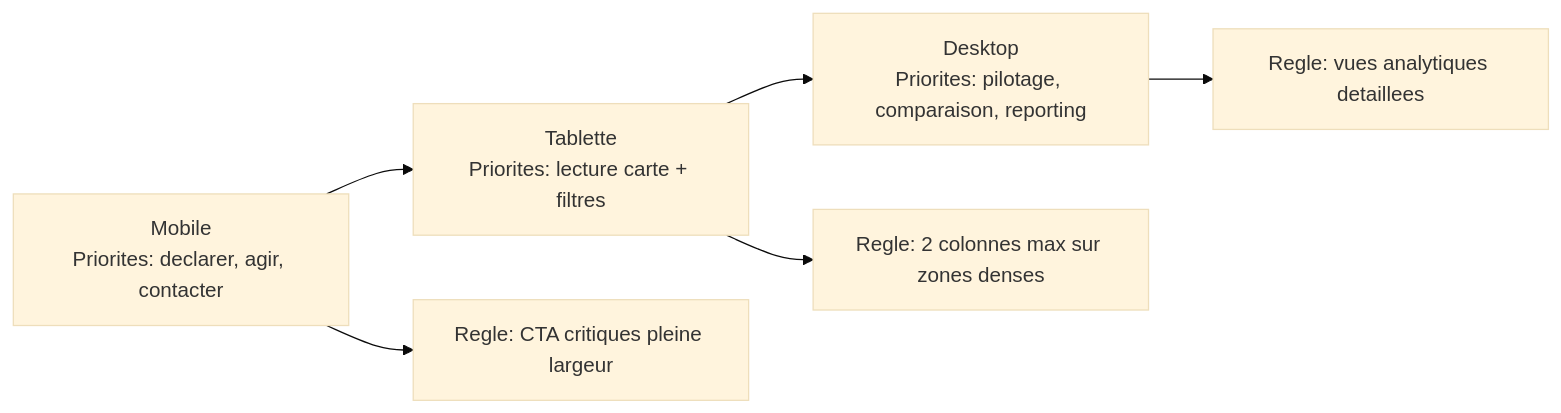
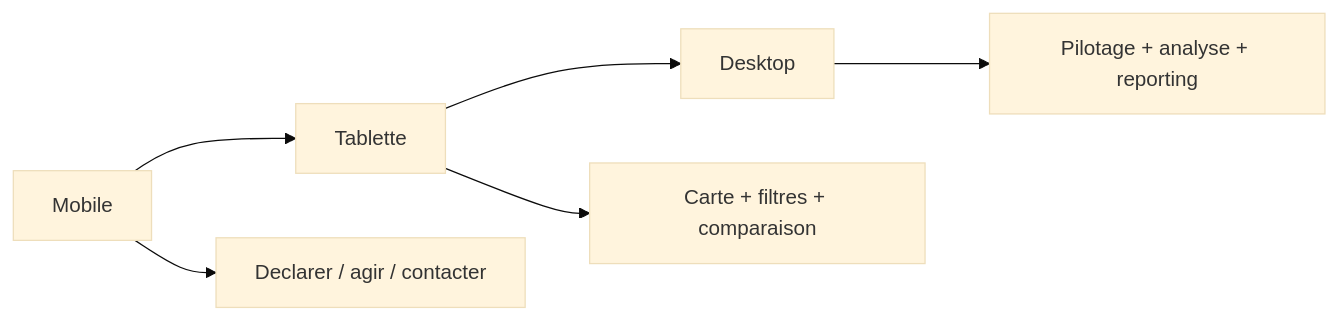
One commit to maxd4/CleanmyMap changed the diagram in documentation/product/coherence-mobile-first.md. Above: the diagram before and after it, drawn with Mermaid (base theme). The commit also changed other lines of this file and 182 other files, not shown here.

````diff
--- a/documentation/product/coherence-mobile-first.md
+++ b/documentation/product/coherence-mobile-first.md
@@ -4,8 +7,8 @@
 ```mermaid
 flowchart LR
-  M[Mobile<br/>Priorites: declarer, agir, contacter] --> T[Tablette<br/>Priorites: lecture carte + filtres]
-  T --> D[Desktop<br/>Priorites: pilotage, comparaison, reporting]
-  M --> R1[Regle: CTA critiques pleine largeur]
-  T --> R2[Regle: 2 colonnes max sur zones denses]
-  D --> R3[Regle: vues analytiques detaillees]
+  M["Mobile"] --> T["Tablette"]
+  T --> D["Desktop"]
+  M --> R1["Declarer / agir / contacter"]
+  T --> R2["Carte + filtres + comparaison"]
+  D --> R3["Pilotage + analyse + reporting"]
 ```
````
